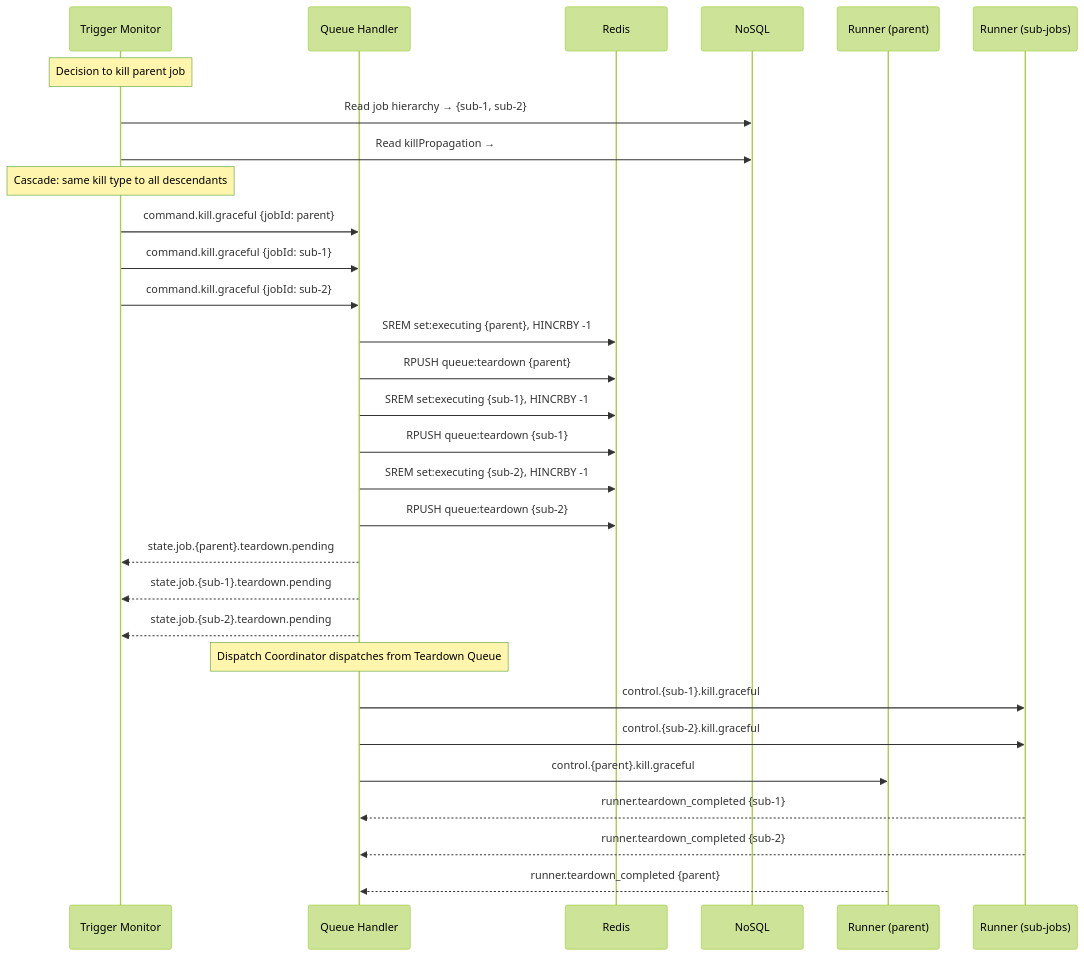
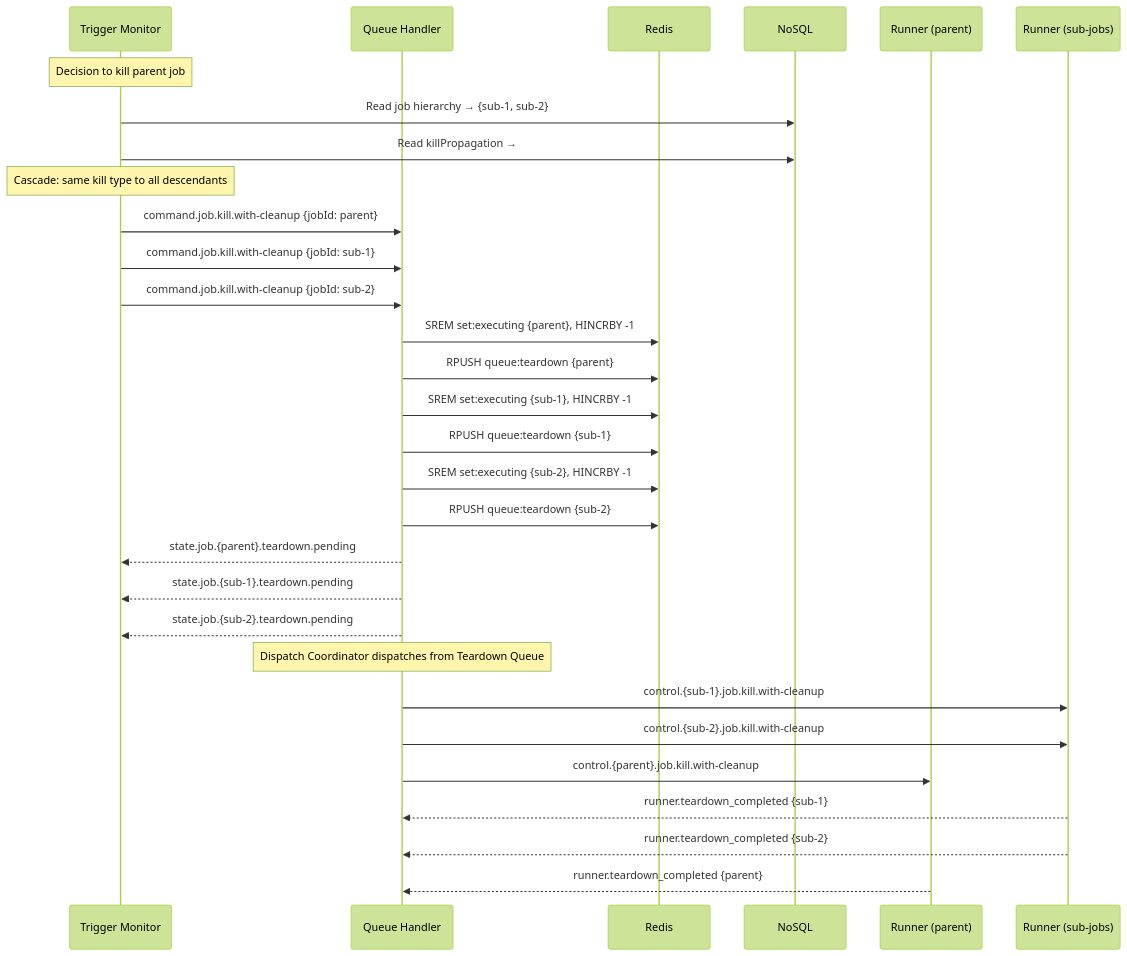
The third of 5 diagrams in docs/technical/plan/queue-manager/sequence-diagrams.md (hasan-alj88/Polyglot), drawn with Mermaid (forest theme) before and after one commit. The commit also changed other lines of this file and 8 other files, not shown here.

````diff
--- a/docs/technical/plan/queue-manager/sequence-diagrams.md
+++ b/docs/technical/plan/queue-manager/sequence-diagrams.md
@@ -94,40 +94,40 @@
 ```mermaid
 sequenceDiagram
     participant TM as Trigger Monitor
     participant QH as Queue Handler
     participant Redis
     participant NoSQL
     participant Runner as Runner (parent)
     participant SubRunner as Runner (sub-jobs)
 
     Note over TM: Decision to kill parent job
     TM->>NoSQL: Read job hierarchy → {sub-1, sub-2}
     TM->>NoSQL: Read killPropagation → #Cascade
 
     Note over TM: Cascade: same kill type to all descendants
-    TM->>QH: command.kill.graceful {jobId: parent}
-    TM->>QH: command.kill.graceful {jobId: sub-1}
-    TM->>QH: command.kill.graceful {jobId: sub-2}
+    TM->>QH: command.job.kill.with-cleanup {jobId: parent}
+    TM->>QH: command.job.kill.with-cleanup {jobId: sub-1}
+    TM->>QH: command.job.kill.with-cleanup {jobId: sub-2}
 
     QH->>Redis: SREM set:executing {parent}, HINCRBY -1
     QH->>Redis: RPUSH queue:teardown {parent}
     
     QH->>Redis: SREM set:executing {sub-1}, HINCRBY -1
     QH->>Redis: RPUSH queue:teardown {sub-1}
 
     QH->>Redis: SREM set:executing {sub-2}, HINCRBY -1
     QH->>Redis: RPUSH queue:teardown {sub-2}
 
     QH-->>TM: state.job.{parent}.teardown.pending
     QH-->>TM: state.job.{sub-1}.teardown.pending
     QH-->>TM: state.job.{sub-2}.teardown.pending
 
     Note over QH: Dispatch Coordinator dispatches from Teardown Queue
-    QH->>SubRunner: control.{sub-1}.kill.graceful
-    QH->>SubRunner: control.{sub-2}.kill.graceful
-    QH->>Runner: control.{parent}.kill.graceful
+    QH->>SubRunner: control.{sub-1}.job.kill.with-cleanup
+    QH->>SubRunner: control.{sub-2}.job.kill.with-cleanup
+    QH->>Runner: control.{parent}.job.kill.with-cleanup
 
     SubRunner-->>QH: runner.teardown_completed {sub-1}
     SubRunner-->>QH: runner.teardown_completed {sub-2}
     Runner-->>QH: runner.teardown_completed {parent}
 ```
````
